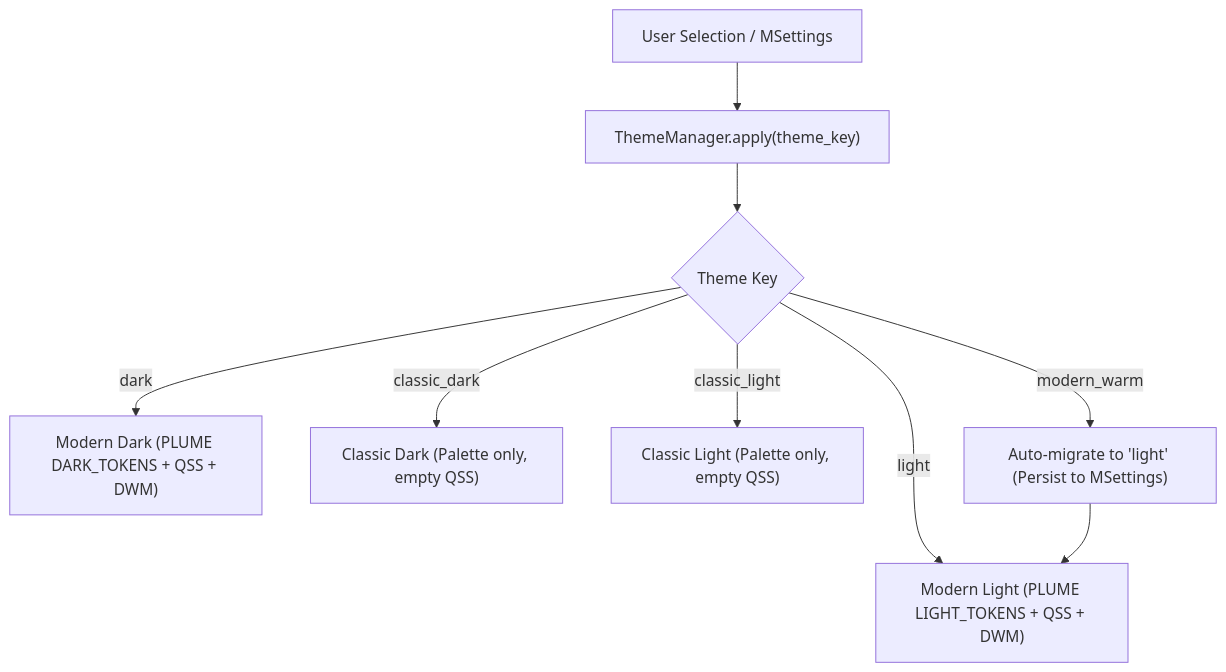
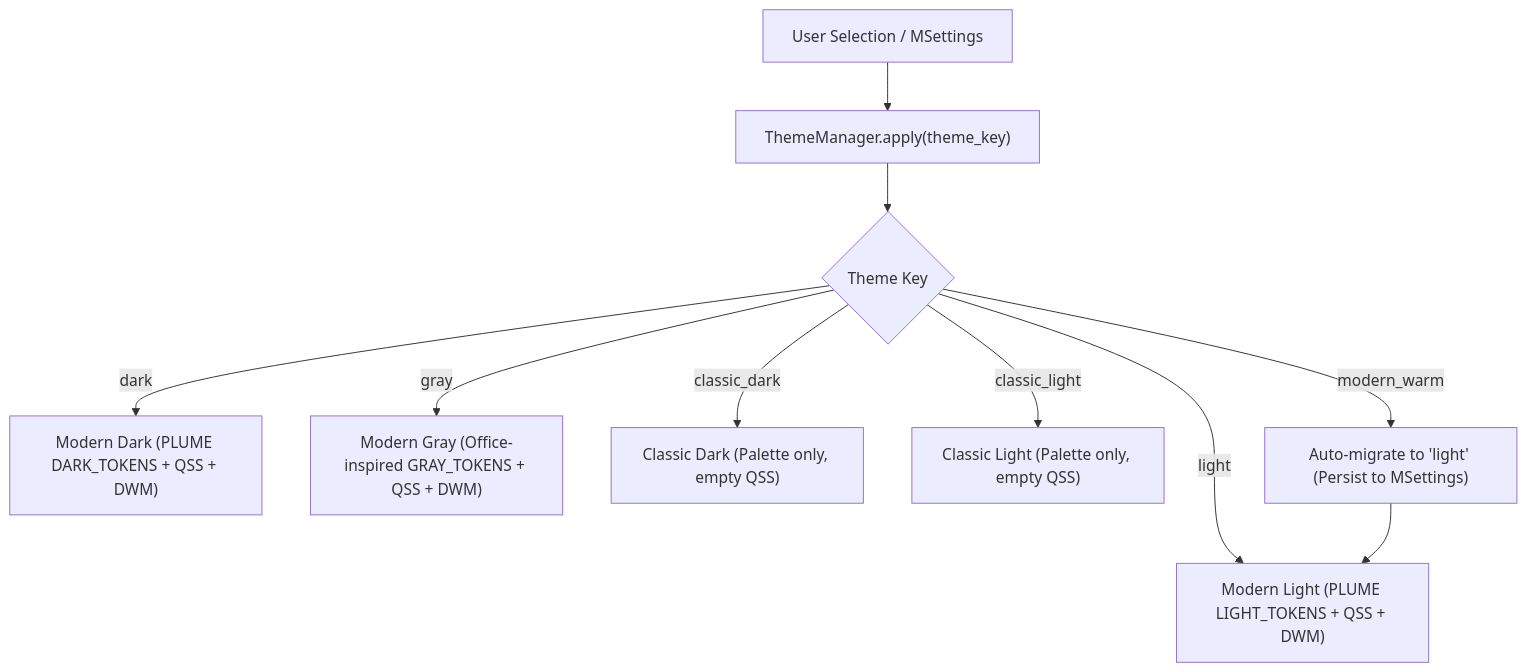
The first of 2 diagrams in docs/developer/theme_design_system.md (CEA-MetroCarac/SPECTROview), drawn with Mermaid before and after one commit. The commit also changed other lines of this file and 38 other files, not shown here.

First line of the commit message:
feat(view): add Modern Gray theme inspired by Office dark gray

````diff
--- a/docs/developer/theme_design_system.md
+++ b/docs/developer/theme_design_system.md
@@ -43,12 +43,13 @@
 ```mermaid
 flowchart TD
     User["User Selection / MSettings"] --> TM["ThemeManager.apply(theme_key)"]
     TM --> Decision{"Theme Key"}
     
     Decision -->|"dark"| ModernDark["Modern Dark (PLUME DARK_TOKENS + QSS + DWM)"]
+    Decision -->|"gray"| ModernGray["Modern Gray (Office-inspired GRAY_TOKENS + QSS + DWM)"]
     Decision -->|"light"| ModernLight["Modern Light (PLUME LIGHT_TOKENS + QSS + DWM)"]
     Decision -->|"classic_dark"| ClassicDark["Classic Dark (Palette only, empty QSS)"]
     Decision -->|"classic_light"| ClassicLight["Classic Light (Palette only, empty QSS)"]
     Decision -->|"modern_warm"| Migrate["Auto-migrate to 'light' (Persist to MSettings)"]
     Migrate --> ModernLight
 ```
````
